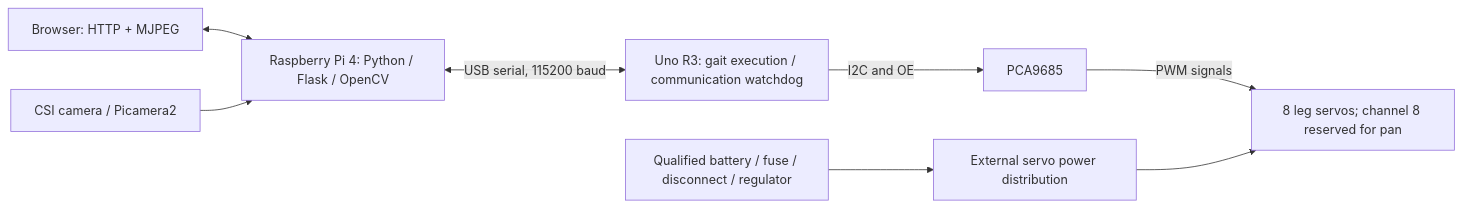
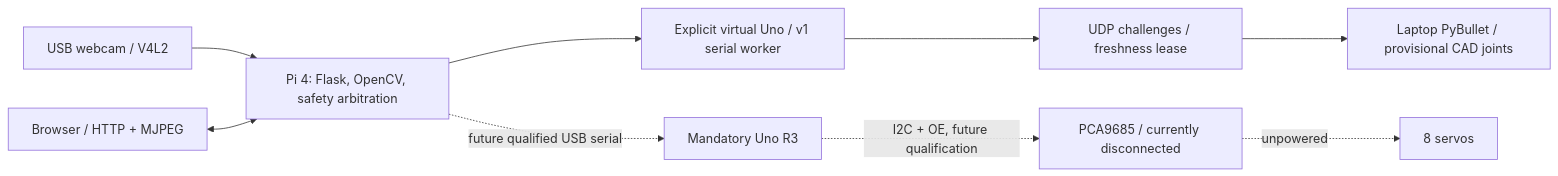
One commit to diyan07-ctrl/Quadruped107 changed the diagram in README.md. Above: the diagram before and after it, drawn with Mermaid. The commit also changed other lines of this file and 26 other files, not shown here.

Commit message:
test: validate CAD articulation and document safe virtual deployment

````diff
--- a/README.md
+++ b/README.md
@@ -9,10 +9,11 @@
 ```mermaid
 flowchart LR
-    Browser["Browser: HTTP + MJPEG"] <--> Pi["Raspberry Pi 4: Python / Flask / OpenCV"]
-    Camera["CSI camera / Picamera2"] --> Pi
-    Pi <-->|USB serial, 115200 baud| Uno["Uno R3: gait execution / communication watchdog"]
-    Uno -->|I2C and OE| PWM["PCA9685"]
-    PWM -->|PWM signals| Servos["8 leg servos; channel 8 reserved for pan"]
-    Supply["Qualified battery / fuse / disconnect / regulator"] --> Distribution["External servo power distribution"]
-    Distribution --> Servos
+    USB["USB webcam / V4L2"] --> Pi["Pi 4: Flask, OpenCV, safety arbitration"]
+    Browser["Browser / HTTP + MJPEG"] <--> Pi
+    Pi --> VUno["Explicit virtual Uno / v1 serial worker"]
+    VUno --> Bridge["UDP challenges / freshness lease"]
+    Bridge --> Twin["Laptop PyBullet / provisional CAD joints"]
+    Pi -. "future qualified USB serial" .-> Uno["Mandatory Uno R3"]
+    Uno -. "I2C + OE, future qualification" .-> PCA["PCA9685 / currently disconnected"]
+    PCA -. "unpowered" .-> Servos["8 servos"]
 ```
````
